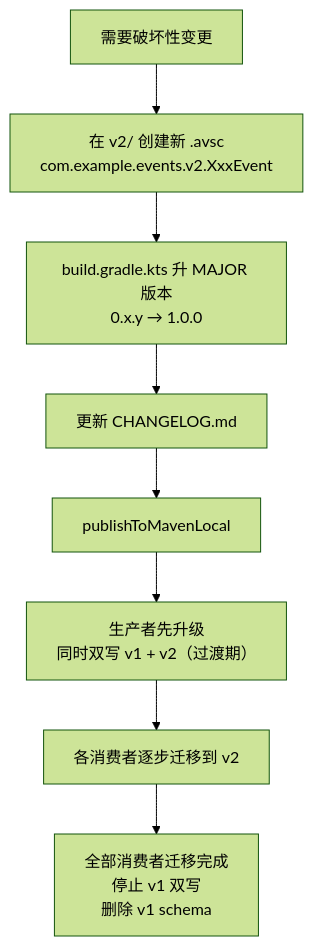
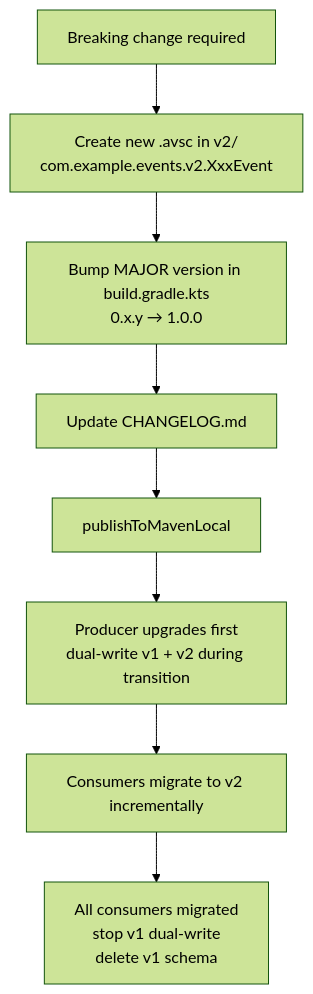
The diagram in docs/architecture/adr/ADR-008-shared-events-versioning.md (ansonli-dev/explicit-architecture), drawn with Mermaid (forest theme) before and after one commit. The commit also changed other lines of this file and 22 other files, not shown here.

First line of the commit message:
docs: add bilingual documentation and rewrite README as architecture guide

````diff
--- a/docs/architecture/adr/ADR-008-shared-events-versioning.md
+++ b/docs/architecture/adr/ADR-008-shared-events-versioning.md
@@ -53,10 +53,10 @@
 ```mermaid
 flowchart TD
-    A["需要破坏性变更"] --> B["在 v2/ 创建新 .avsc\ncom.example.events.v2.XxxEvent"]
-    B --> C["build.gradle.kts 升 MAJOR 版本\n0.x.y → 1.0.0"]
-    C --> D["更新 CHANGELOG.md"]
+    A["Breaking change required"] --> B["Create new .avsc in v2/\ncom.example.events.v2.XxxEvent"]
+    B --> C["Bump MAJOR version in build.gradle.kts\n0.x.y → 1.0.0"]
+    C --> D["Update CHANGELOG.md"]
     D --> E["publishToMavenLocal"]
-    E --> F["生产者先升级\n同时双写 v1 + v2（过渡期）"]
-    F --> G["各消费者逐步迁移到 v2"]
-    G --> H["全部消费者迁移完成\n停止 v1 双写\n删除 v1 schema"]
+    E --> F["Producer upgrades first\ndual-write v1 + v2 during transition"]
+    F --> G["Consumers migrate to v2 incrementally"]
+    G --> H["All consumers migrated\nstop v1 dual-write\ndelete v1 schema"]
 ```
````
